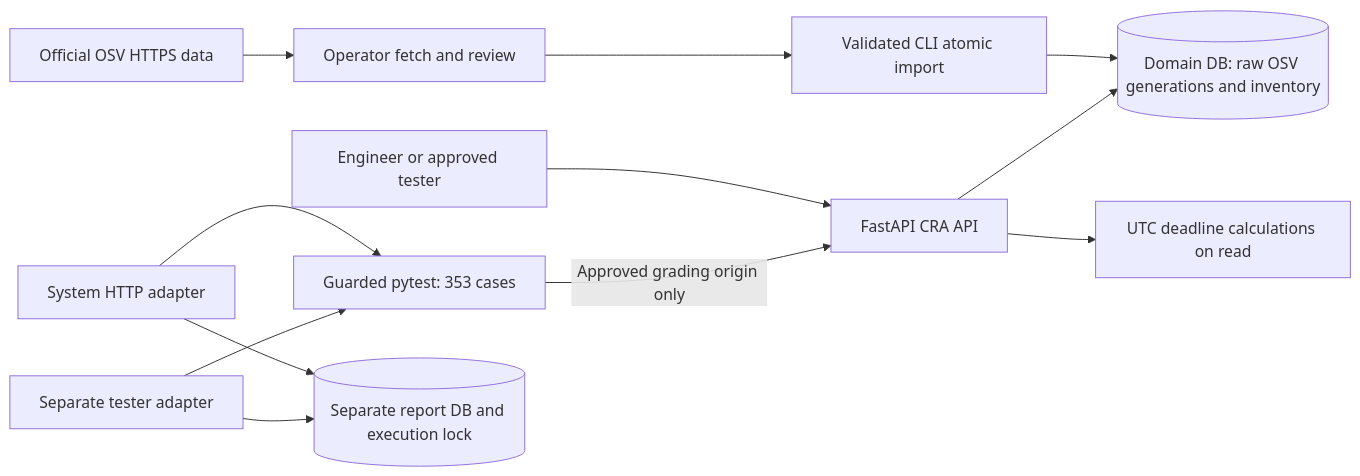
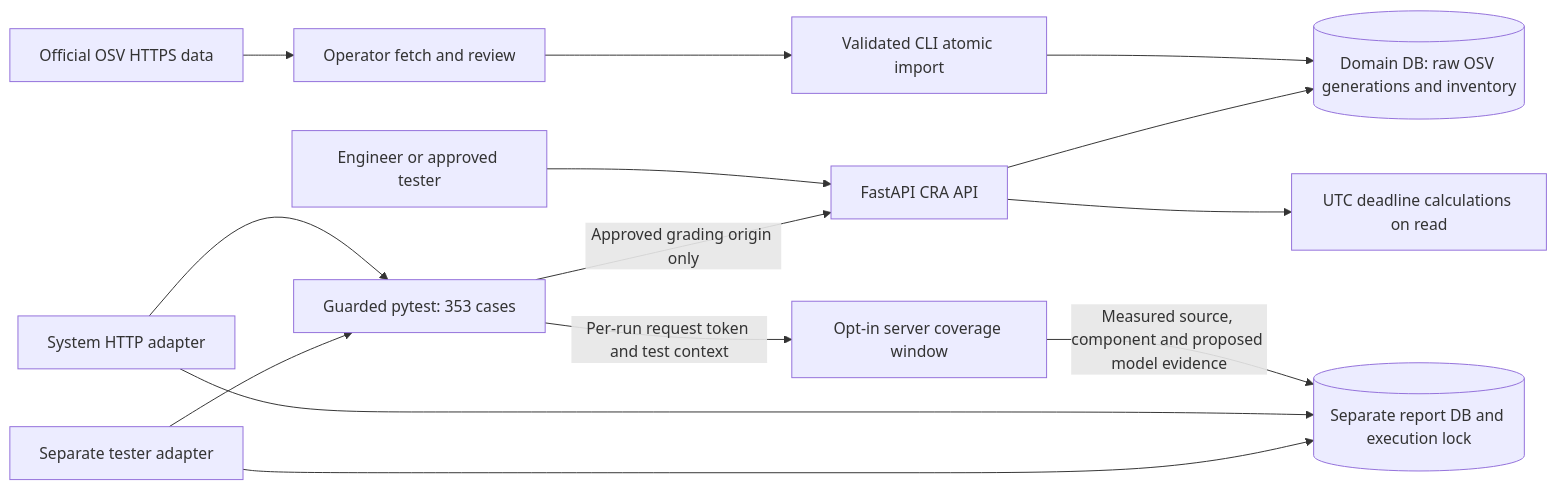
The first of 8 diagrams in docs/models.md (Awesomegardener/ECE30861_Phase_3), drawn with Mermaid before and after one commit. The commit also changed other lines of this file and 37 other files, not shown here.

Commit message:
Fix setup status and add request-driven grading coverage

````diff
--- a/docs/models.md
+++ b/docs/models.md
@@ -7,14 +13,16 @@
 ```mermaid
 flowchart LR
  U[Engineer or approved tester] --> A[FastAPI CRA API]
  O[Official OSV HTTPS data] --> F[Operator fetch and review]
  F --> I[Validated CLI atomic import]
  I --> D[(Domain DB: raw OSV generations and inventory)]
  A --> D
  A --> C[UTC deadline calculations on read]
  H[System HTTP adapter] --> P[Guarded pytest: 353 cases]
  T[Separate tester adapter] --> P
  P -->|Approved grading origin only| A
+ P -->|Per-run request token and test context| W[Opt-in server coverage window]
+ W -->|Measured source, component and proposed model evidence| R
  H --> R[(Separate report DB and execution lock)]
  T --> R
 ```
````
